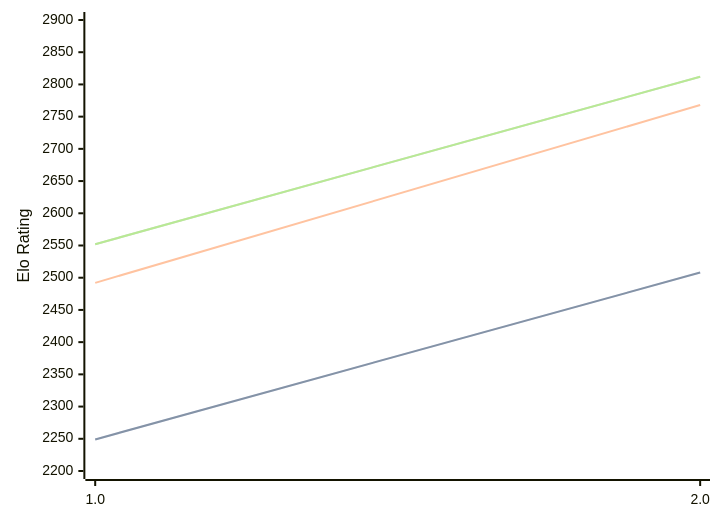
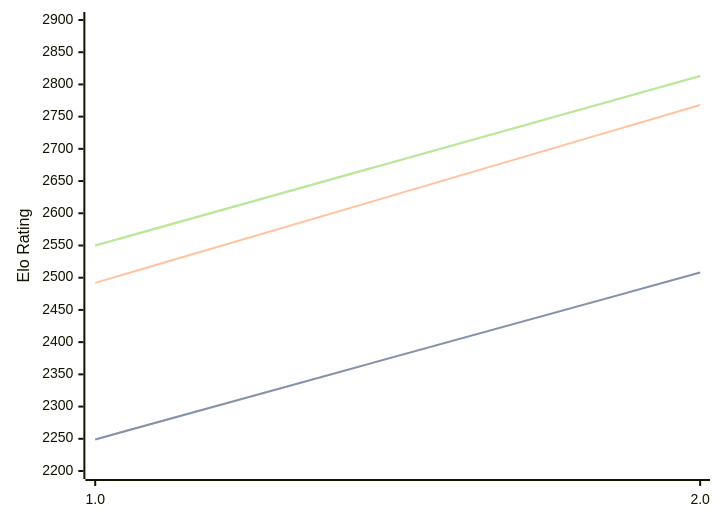
Before and after one commit to computer-chess-index/cci: the diagram in engines/Revolver.md, drawn with Mermaid. The commit also changed other lines of this file, not shown here.

Commit message:
Update CCI Ratings (ELO VLTC) - 2026-06-10

````diff
--- a/engines/Revolver.md
+++ b/engines/Revolver.md
@@ -32,11 +32,11 @@
 ```mermaid
 %%{init: {"theme":"base","themeVariables":{"seriesColors:['#a3a3a3','#222221','#faa371']}}}%%
 xychart-beta
   x-axis ["1.0", "2.0"]
   y-axis "Elo Rating" 2200 --> 2900
   line "STC (8.0+0.08s)" [2249, 2508]
   line "STC (8.0+0.08s)" [2249, 2508]
   line "LTC (60.0+0.60s)" [2492, 2768]
-  line "VLTC (2m24s+1.12s)" [2552, 2812]
-  line "VLTC (2m24s+1.12s)" [2552, 2812]
+  line "VLTC (2m24s+1.12s)" [2550, 2813]
+  line "VLTC (2m24s+1.12s)" [2550, 2813]
 ```
````
